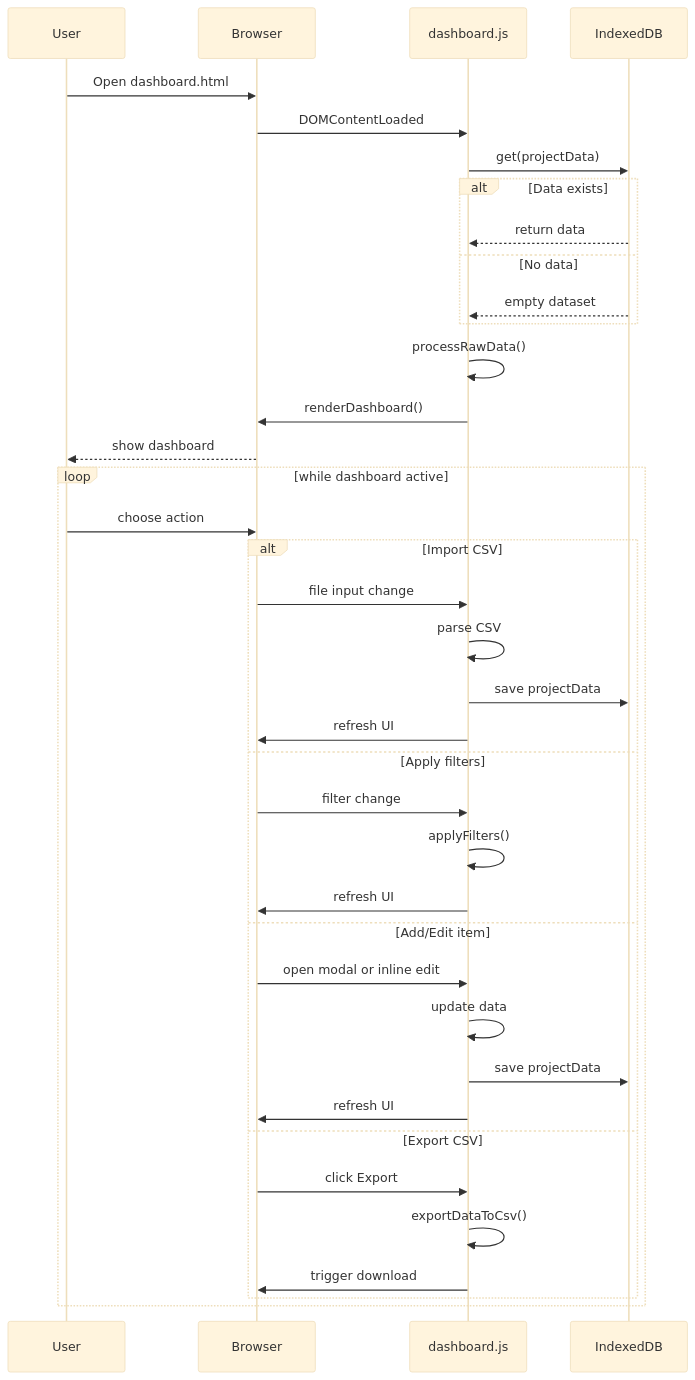
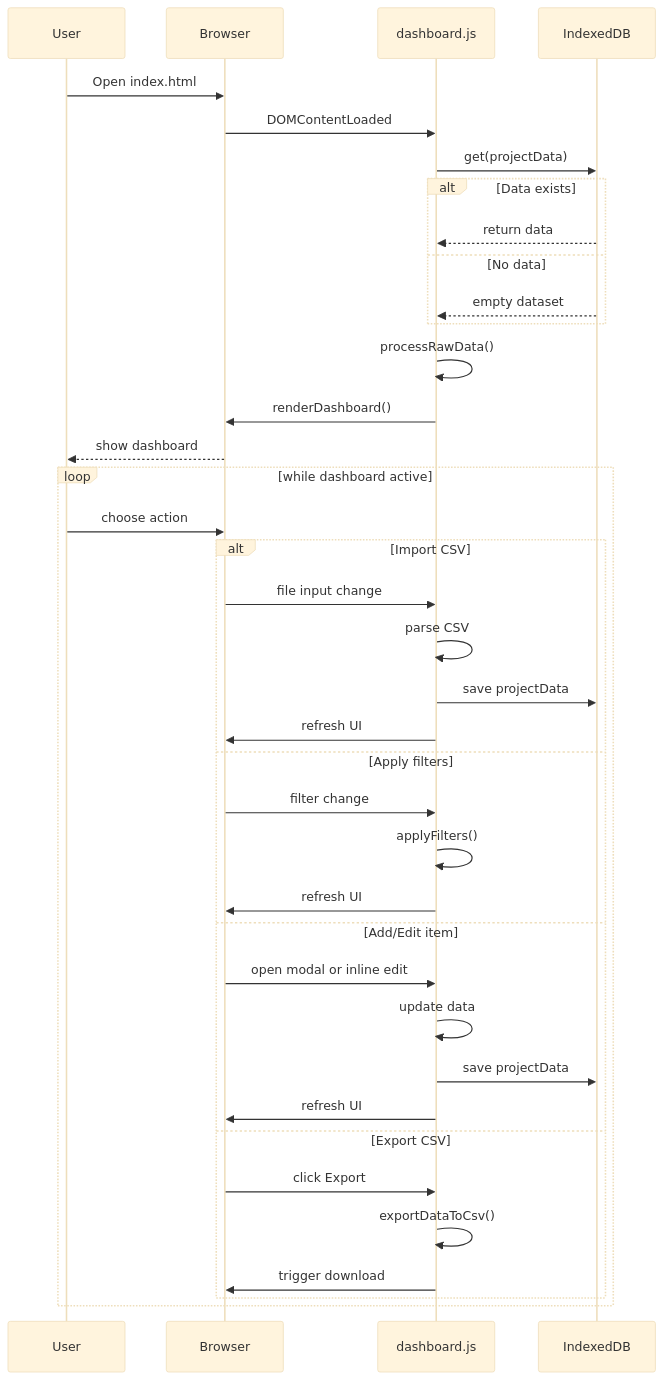
Before and after one commit to jwongpha/WBS: the diagram in specs/project_dashboard_spec.md, drawn with Mermaid (base theme). The commit also changed 3 other files, not shown here.

Commit message:
Rename main dashboard file to index.html for GitHub Pages

````diff
--- a/specs/project_dashboard_spec.md
+++ b/specs/project_dashboard_spec.md
@@ -19,44 +19,44 @@
 ```mermaid
 sequenceDiagram
     participant U as User
     participant B as Browser
     participant JS as dashboard.js
     participant DB as IndexedDB
 
     %% Initial Load
-    U->>B: Open dashboard.html
+    U->>B: Open index.html
     B->>JS: DOMContentLoaded
     JS->>DB: get(projectData)
     alt Data exists
         DB-->>JS: return data
     else No data
         DB-->>JS: empty dataset
     end
     JS->>JS: processRawData()
     JS->>B: renderDashboard()
     B-->>U: show dashboard
 
     %% Continuous Interactions
     loop while dashboard active
         U->>B: choose action
         alt Import CSV
             B->>JS: file input change
             JS->>JS: parse CSV
             JS->>DB: save projectData
             JS->>B: refresh UI
         else Apply filters
             B->>JS: filter change
             JS->>JS: applyFilters()
             JS->>B: refresh UI
         else Add/Edit item
             B->>JS: open modal or inline edit
             JS->>JS: update data
             JS->>DB: save projectData
             JS->>B: refresh UI
         else Export CSV
             B->>JS: click Export
             JS->>JS: exportDataToCsv()
             JS->>B: trigger download
         end
     end
 ```
````
